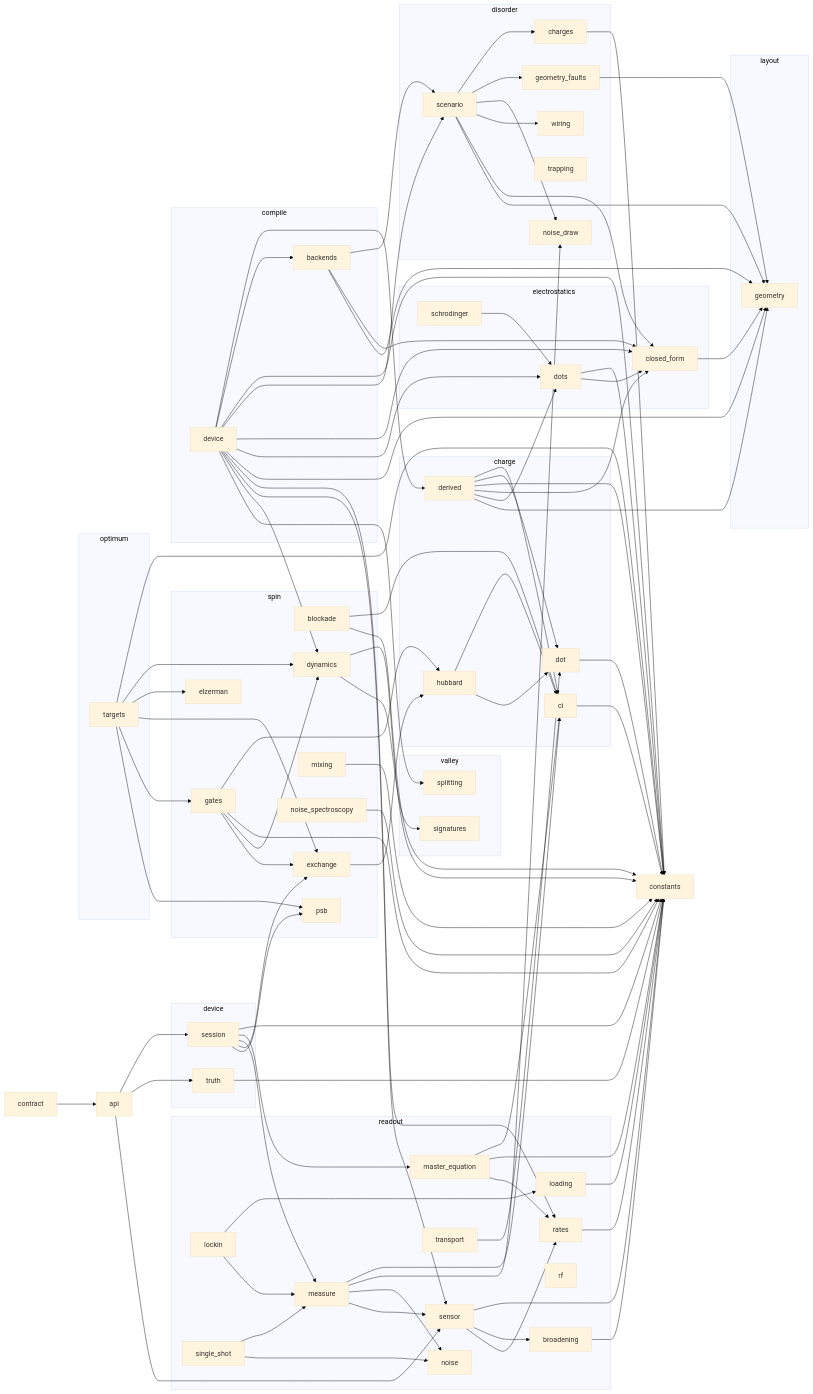
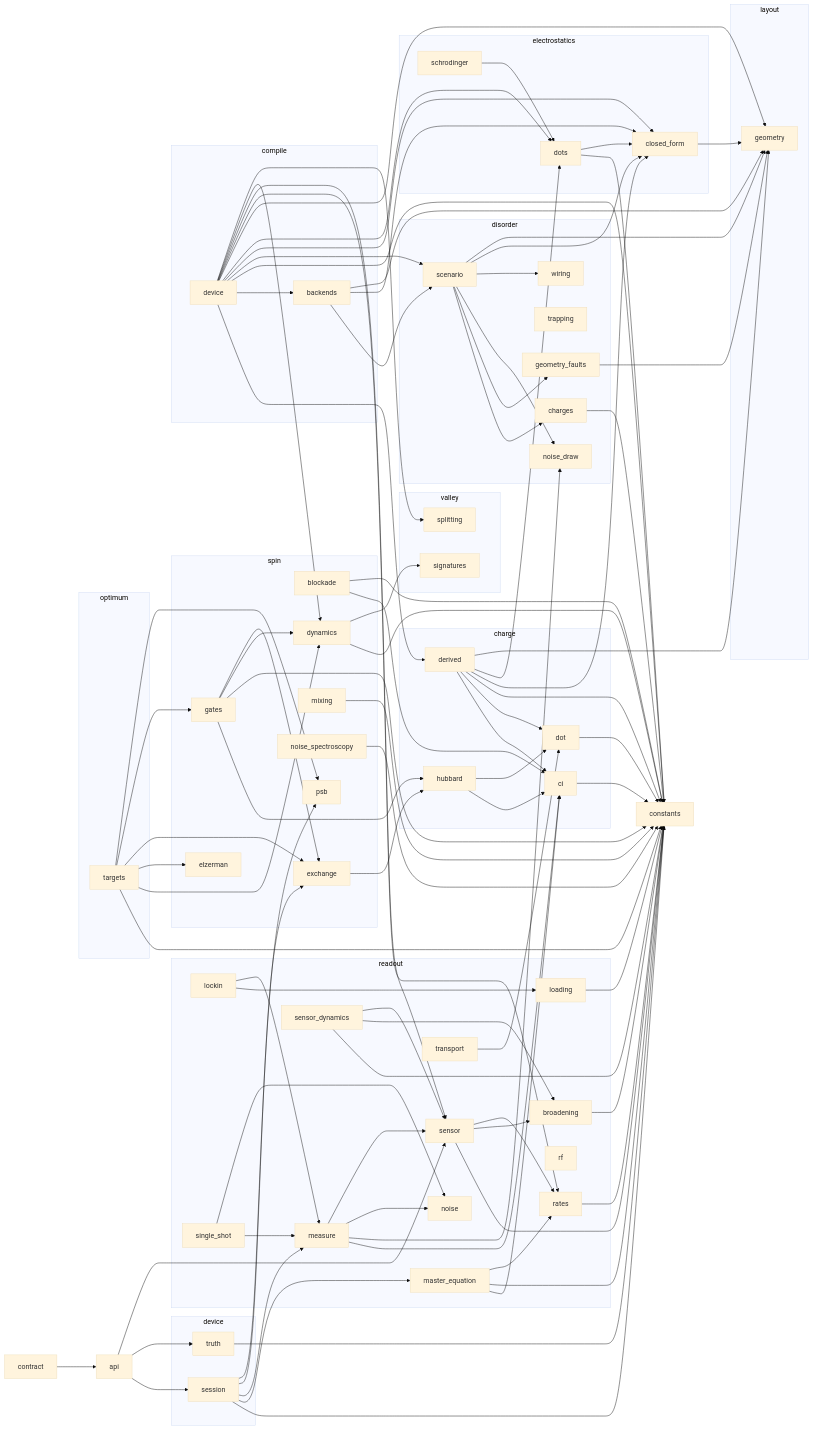
Before and after one commit to CowboyQuantum/phantom: the second of 2 diagrams in docs/MODELS.md, drawn with Mermaid (base theme). The commit also changed other lines of this file and 6 other files, not shown here.

```diff
--- a/docs/MODELS.md
+++ b/docs/MODELS.md
@@ -278,6 +282,7 @@
     readout_rates["rates"]
     readout_rf["rf"]
     readout_sensor["sensor"]
+    readout_sensor_dynamics["sensor_dynamics"]
     readout_single_shot["single_shot"]
     readout_transport["transport"]
   end
@@ -369,6 +374,9 @@
   readout_sensor --> constants
   readout_sensor --> readout_broadening
   readout_sensor --> readout_rates
+  readout_sensor_dynamics --> constants
+  readout_sensor_dynamics --> readout_broadening
+  readout_sensor_dynamics --> readout_sensor
   readout_single_shot --> readout_measure
   readout_single_shot --> readout_noise
   readout_transport --> charge_dot
```
